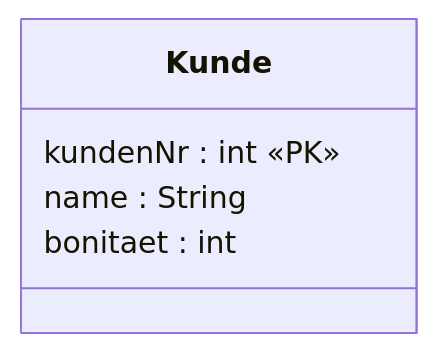
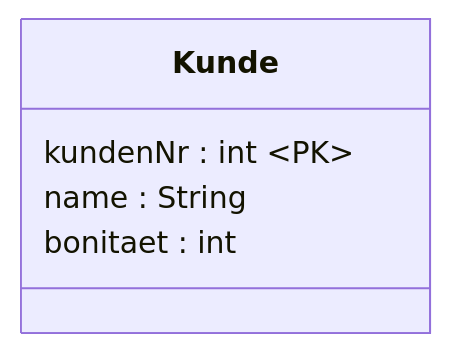
Before and after one commit to HTL-Wolfsberg-Betriebsinformatik/skript: diagram 12 of 12 in slides/content/slides/SWP/PR/18_uml-class-diagram.md, drawn with Mermaid. The commit also changed other lines of this file and 2 other files, not shown here.

Commit message:
added exception handling, fixed uml PK notation

````diff
--- a/slides/content/slides/SWP/PR/18_uml-class-diagram.md
+++ b/slides/content/slides/SWP/PR/18_uml-class-diagram.md
@@ -567,8 +567,8 @@
 ```mermaid
 classDiagram
   class Kunde {
-    kundenNr : int «PK»
+    kundenNr : int #lt;PK#gt;
     name : String
     bonitaet : int
   }
 ```
````
